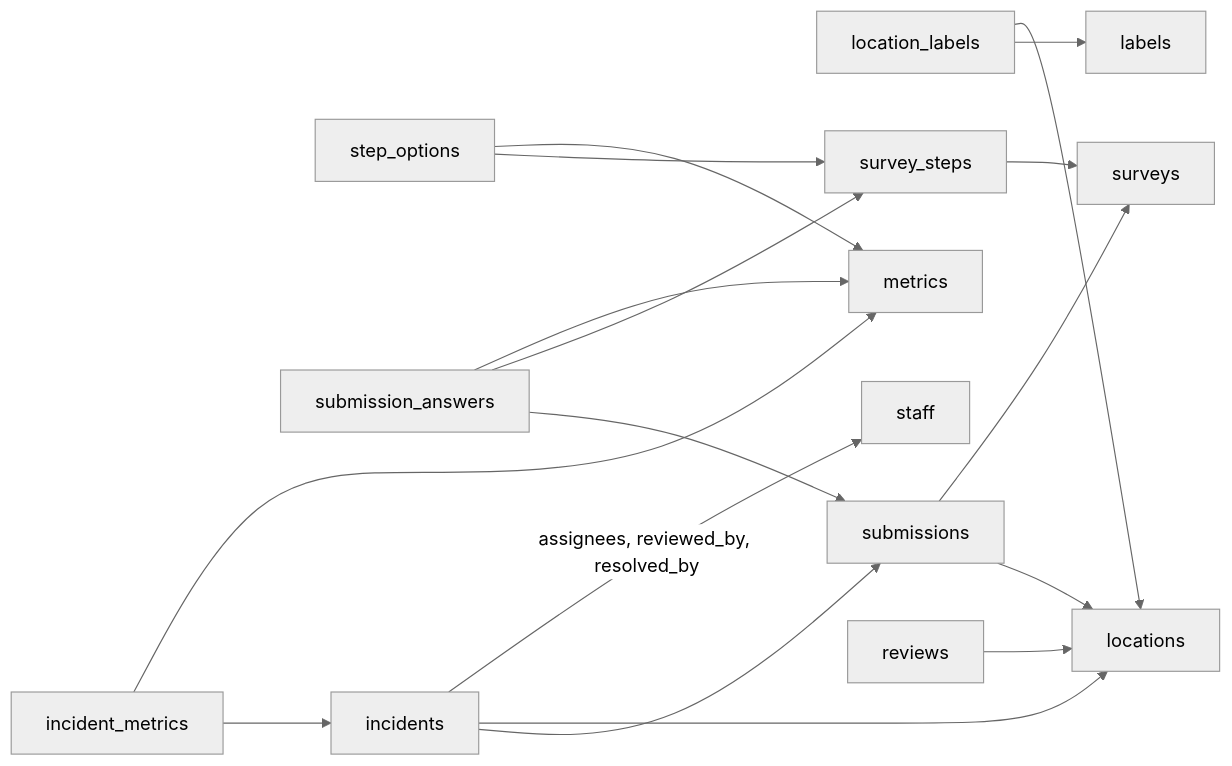
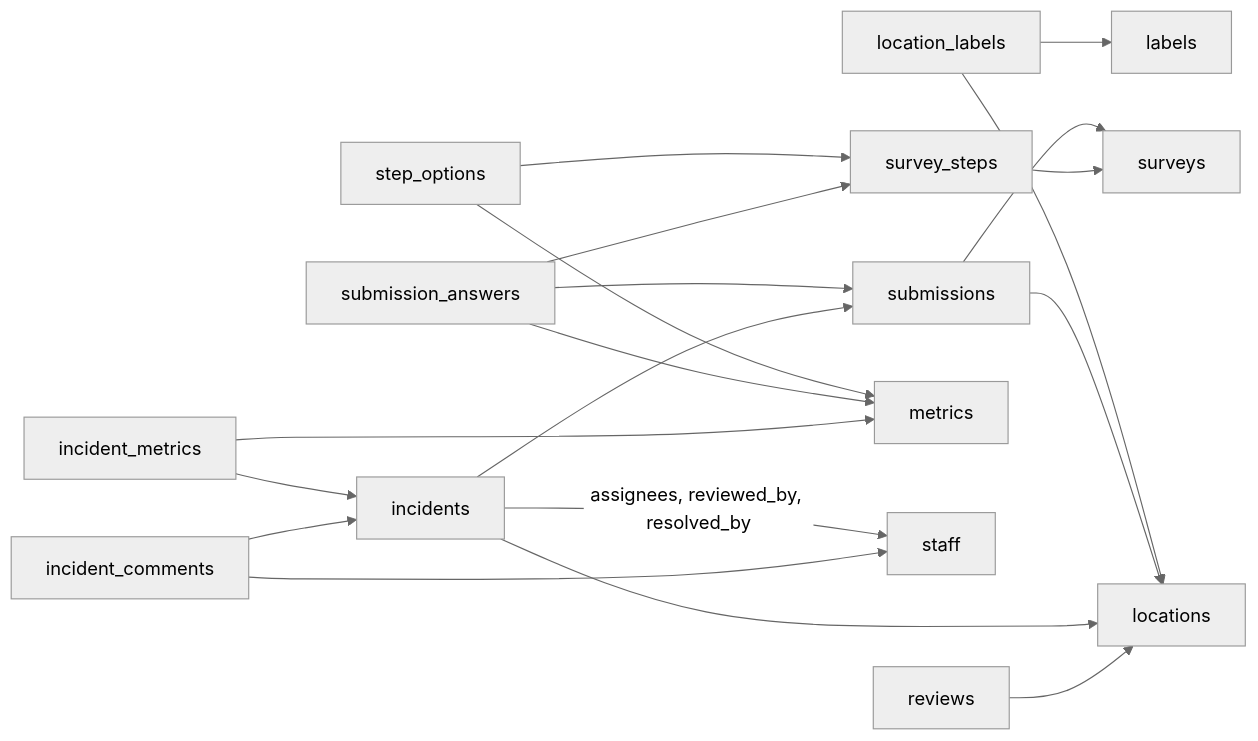
The diagram in doc/Harlyy_Feedback_Pipeline_Data_Dictionary_and_Runbook.md (eatngoafrica/harlly-review-project), drawn with Mermaid (neutral theme) before and after one commit. The commit also changed other lines of this file and 8 other files, not shown here.

First line of the commit message:
Load incident staff notes; add vw_comment_responses

````diff
--- a/doc/Harlyy_Feedback_Pipeline_Data_Dictionary_and_Runbook.md
+++ b/doc/Harlyy_Feedback_Pipeline_Data_Dictionary_and_Runbook.md
@@ -63,19 +64,21 @@
 ```mermaid
 flowchart LR
     location_labels --> labels
     location_labels --> locations
     submissions --> locations
     submissions --> surveys
     survey_steps --> surveys
     step_options --> survey_steps
     step_options --> metrics
     submission_answers --> submissions
     submission_answers --> survey_steps
     submission_answers --> metrics
     incidents --> submissions
     incidents --> locations
     incidents -- "assignees, reviewed_by, resolved_by" --> staff
     incident_metrics --> incidents
     incident_metrics --> metrics
+    incident_comments --> incidents
+    incident_comments --> staff
     reviews --> locations
 ```
````
